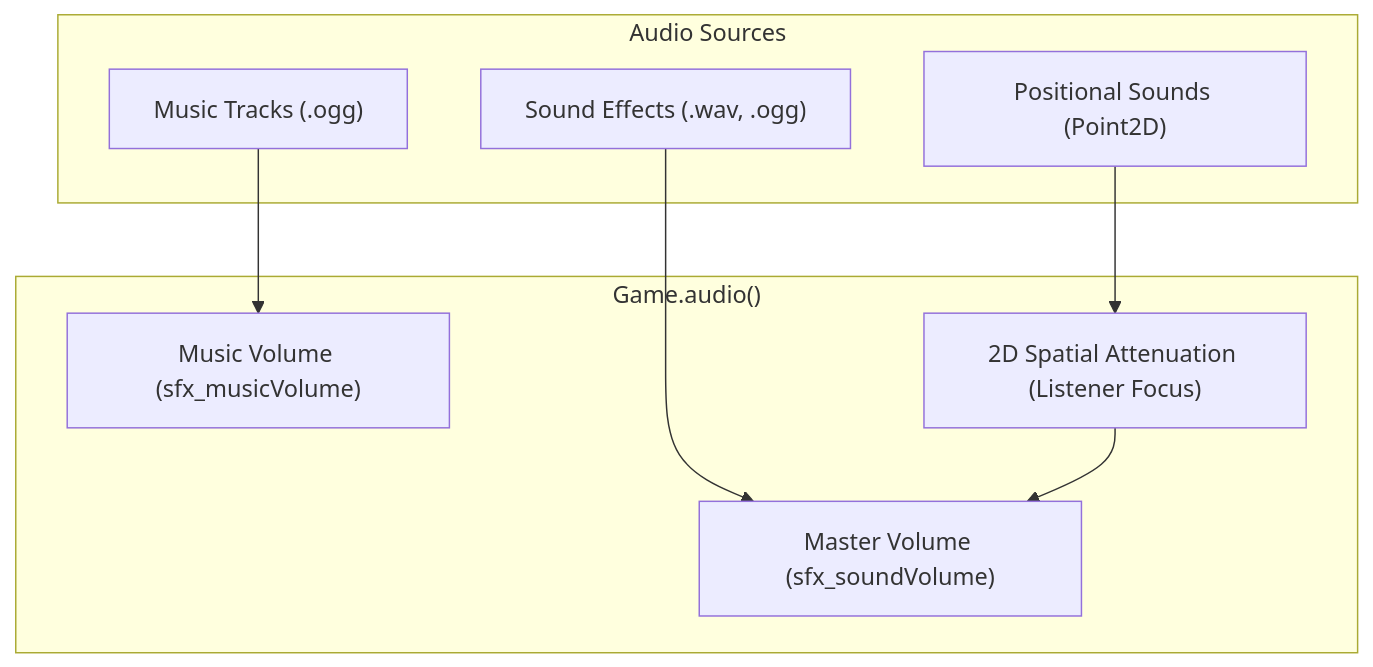
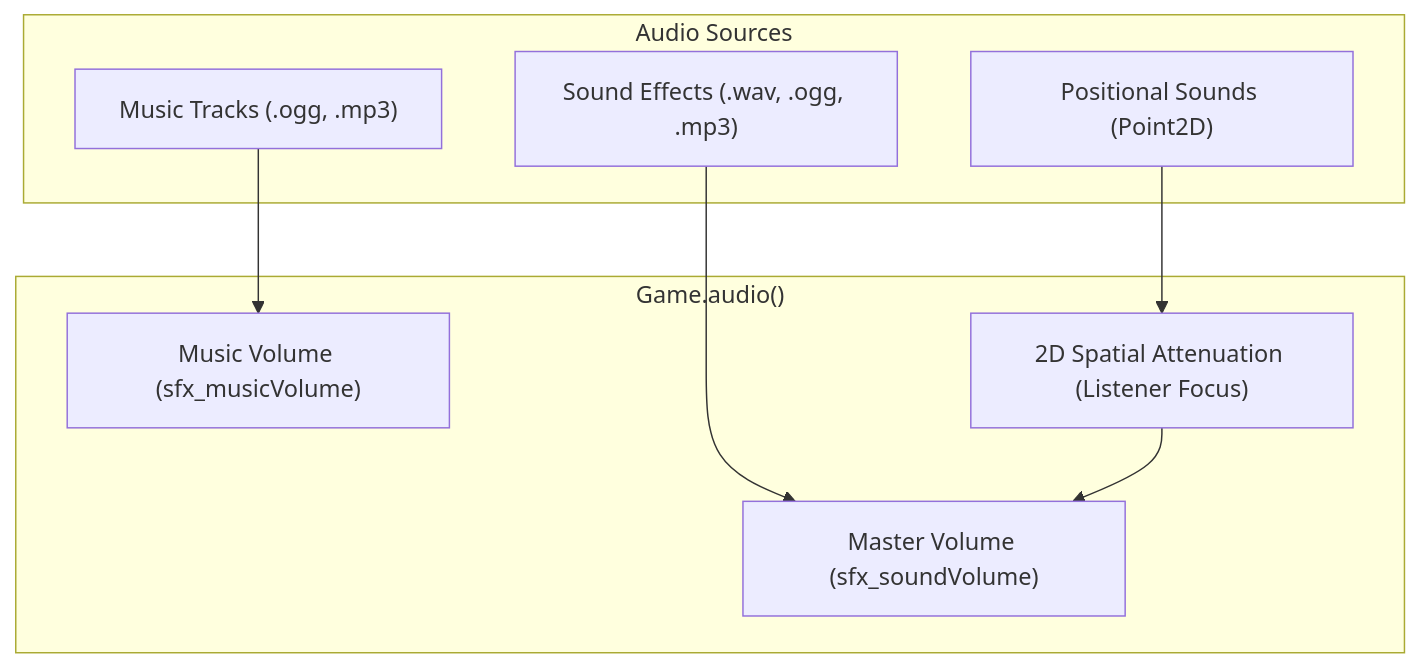
Before and after one commit to gurkenlabs/litiengine-docs: the diagram in docs/game-api/sound-engine.md, drawn with Mermaid. The commit also changed other lines of this file and 18 other files, not shown here.

````diff
--- a/docs/game-api/sound-engine.md
+++ b/docs/game-api/sound-engine.md
@@ -13,18 +13,18 @@
 ```mermaid
 flowchart TD
  subgraph AudioSources["Audio Sources"]
- SFX["Sound Effects (.wav, .ogg)"]
- Music["Music Tracks (.ogg)"]
+ SFX["Sound Effects (.wav, .ogg, .mp3)"]
+ Music["Music Tracks (.ogg, .mp3)"]
  Spatial["Positional Sounds (Point2D)"]
  end
 
  subgraph SoundEngine["Game.audio()"]
  Master["Master Volume (sfx_soundVolume)"]
  MusicBus["Music Volume (sfx_musicVolume)"]
  SpatialCalc["2D Spatial Attenuation (Listener Focus)"]
  end
 
  SFX --> Master
  Spatial --> SpatialCalc --> Master
  Music --> MusicBus
 ```
````
